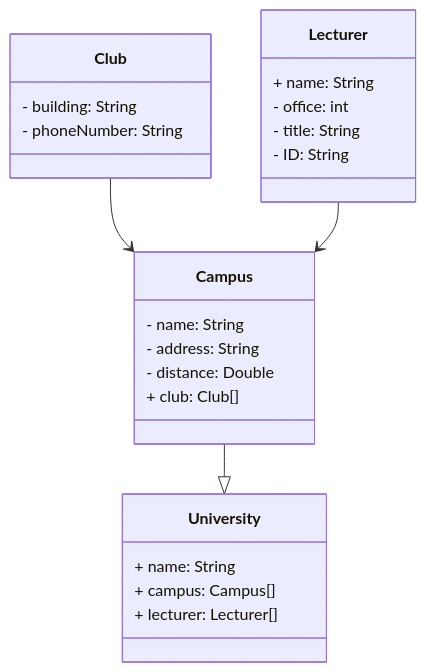
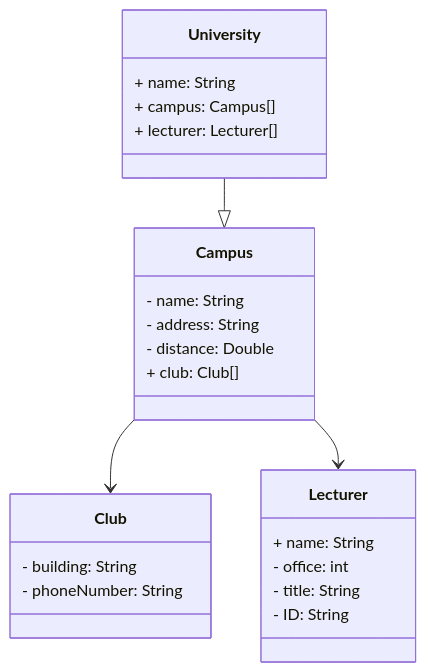
Before and after one commit to nhientruong04/vgu_cpp: the diagram in 0-intro-oop/class-diagram.md, drawn with Mermaid. The commit also changed 12 other files, not shown here.

````diff
--- a/0-intro-oop/class-diagram.md
+++ b/0-intro-oop/class-diagram.md
@@ -7,31 +7,31 @@
 ```mermaid
 classDiagram
     class University{
         + name: String
         + campus: Campus[]
         + lecturer: Lecturer[]
     }
 
     class Campus{
         - name: String
         - address: String
         - distance: Double
         + club: Club[]
     }
 
     class Club{
         - building: String
         - phoneNumber: String
     }
 
     class Lecturer{
         + name: String
         - office: int
         - title: String
         - ID: String
     }
 
-    Campus --|> University
-    Club --> Campus
-    Lecturer --> Campus
+    University --|> Campus
+    Campus --> Club
+    Campus --> Lecturer
 ```
````
